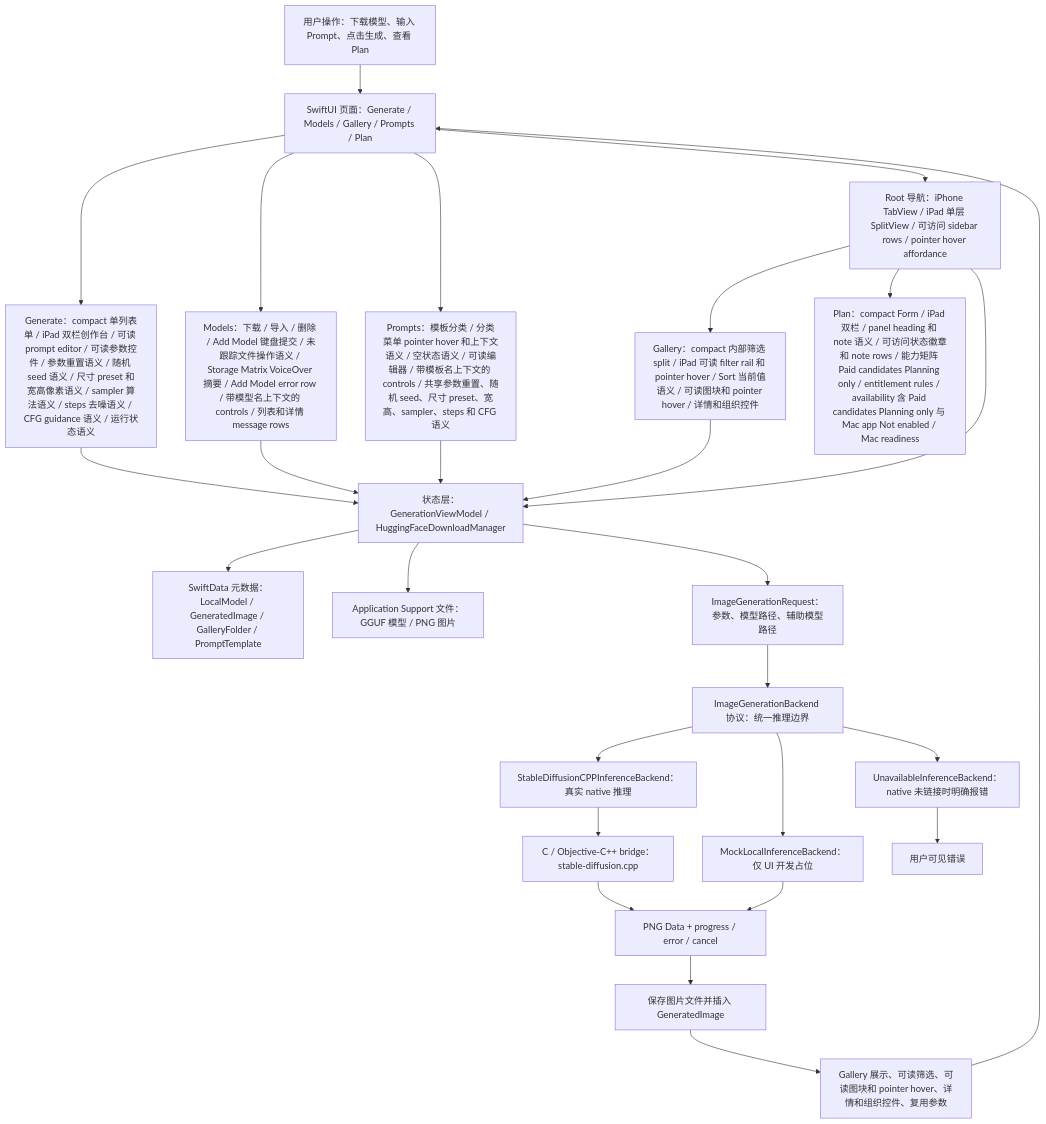
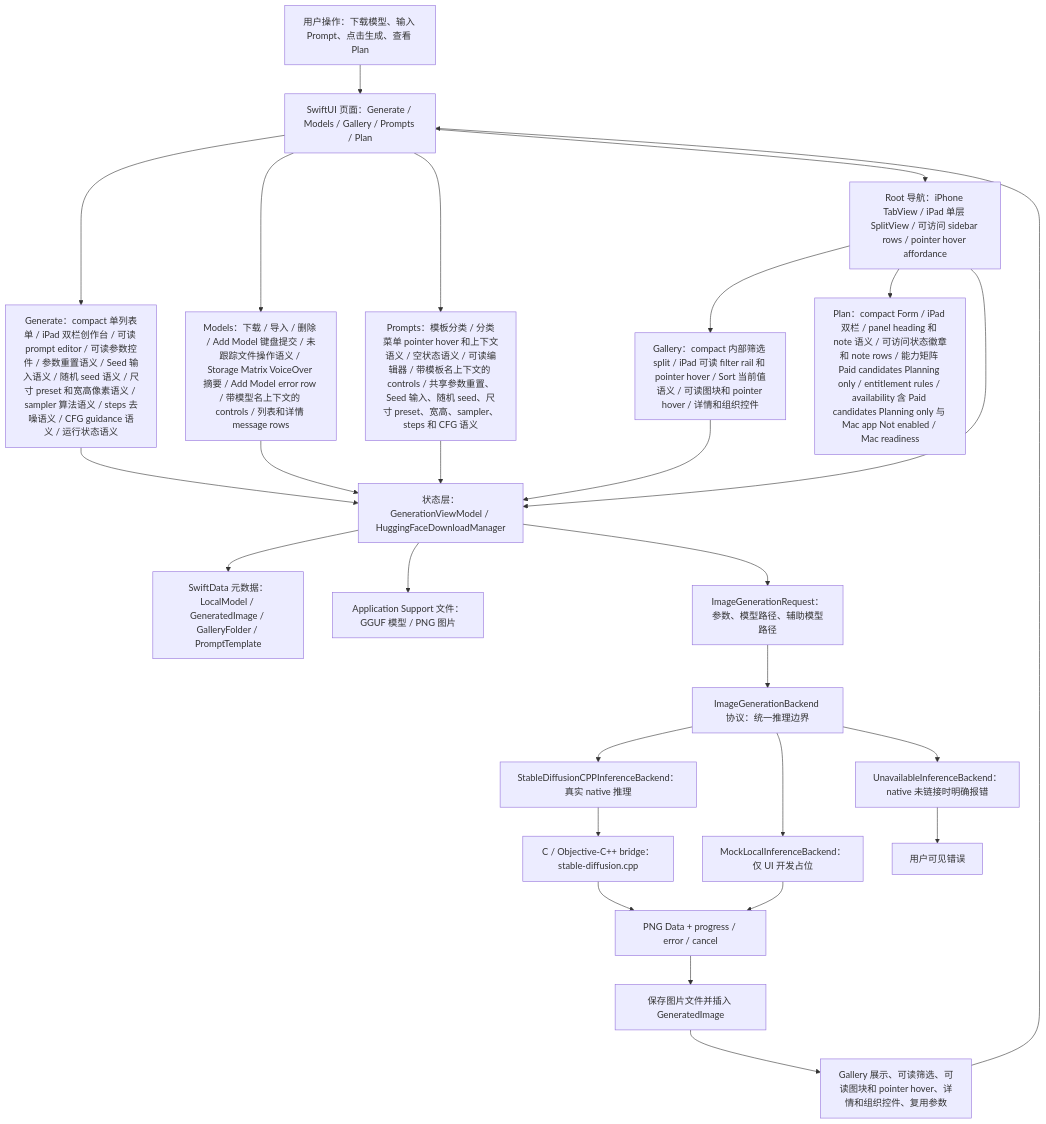
One commit to Altman-sam114/118 changed the first of 7 diagrams in md/flow/flowchart.md. Above: the diagram before and after it, drawn with Mermaid. The commit also changed 5 other files, not shown here.

````diff
--- a/md/flow/flowchart.md
+++ b/md/flow/flowchart.md
@@ -9,29 +9,29 @@
 ```mermaid
 flowchart TD
   U["用户操作：下载模型、输入 Prompt、点击生成、查看 Plan"] --> UI["SwiftUI 页面：Generate / Models / Gallery / Prompts / Plan"]
-  UI --> GENUI["Generate：compact 单列表单 / iPad 双栏创作台 / 可读 prompt editor / 可读参数控件 / 参数重置语义 / 随机 seed 语义 / 尺寸 preset 和宽高像素语义 / sampler 算法语义 / steps 去噪语义 / CFG guidance 语义 / 运行状态语义"]
+  UI --> GENUI["Generate：compact 单列表单 / iPad 双栏创作台 / 可读 prompt editor / 可读参数控件 / 参数重置语义 / Seed 输入语义 / 随机 seed 语义 / 尺寸 preset 和宽高像素语义 / sampler 算法语义 / steps 去噪语义 / CFG guidance 语义 / 运行状态语义"]
   UI --> MODELUI["Models：下载 / 导入 / 删除 / Add Model 键盘提交 / 未跟踪文件操作语义 / Storage Matrix VoiceOver 摘要 / Add Model error row / 带模型名上下文的 controls / 列表和详情 message rows"]
-  UI --> PROMPTUI["Prompts：模板分类 / 分类菜单 pointer hover 和上下文语义 / 空状态语义 / 可读编辑器 / 带模板名上下文的 controls / 共享参数重置、随机 seed、尺寸 preset、宽高、sampler、steps 和 CFG 语义"]
+  UI --> PROMPTUI["Prompts：模板分类 / 分类菜单 pointer hover 和上下文语义 / 空状态语义 / 可读编辑器 / 带模板名上下文的 controls / 共享参数重置、Seed 输入、随机 seed、尺寸 preset、宽高、sampler、steps 和 CFG 语义"]
   UI --> NAV["Root 导航：iPhone TabView / iPad 单层 SplitView / 可访问 sidebar rows / pointer hover affordance"]
   NAV --> GALUI["Gallery：compact 内部筛选 split / iPad 可读 filter rail 和 pointer hover / Sort 当前值语义 / 可读图块和 pointer hover / 详情和组织控件"]
   NAV --> PLANUI["Plan：compact Form / iPad 双栏 / panel heading 和 note 语义 / 可访问状态徽章和 note rows / 能力矩阵 Paid candidates Planning only / entitlement rules / availability 含 Paid candidates Planning only 与 Mac app Not enabled / Mac readiness"]
   NAV --> VM["状态层：GenerationViewModel / HuggingFaceDownloadManager"]
   GENUI --> VM
   MODELUI --> VM
   PROMPTUI --> VM
   GALUI --> VM
   VM --> SD["SwiftData 元数据：LocalModel / GeneratedImage / GalleryFolder / PromptTemplate"]
   VM --> FS["Application Support 文件：GGUF 模型 / PNG 图片"]
   VM --> REQ["ImageGenerationRequest：参数、模型路径、辅助模型路径"]
   REQ --> IFACE["ImageGenerationBackend 协议：统一推理边界"]
   IFACE --> NATIVE["StableDiffusionCPPInferenceBackend：真实 native 推理"]
   IFACE --> MOCK["MockLocalInferenceBackend：仅 UI 开发占位"]
   IFACE --> OFF["UnavailableInferenceBackend：native 未链接时明确报错"]
   NATIVE --> BRIDGE["C / Objective-C++ bridge：stable-diffusion.cpp"]
   BRIDGE --> PNG["PNG Data + progress / error / cancel"]
   MOCK --> PNG
   OFF --> ERR["用户可见错误"]
   PNG --> SAVE["保存图片文件并插入 GeneratedImage"]
   SAVE --> GALLERY["Gallery 展示、可读筛选、可读图块和 pointer hover、详情和组织控件、复用参数"]
   GALLERY --> UI
 ```
````
